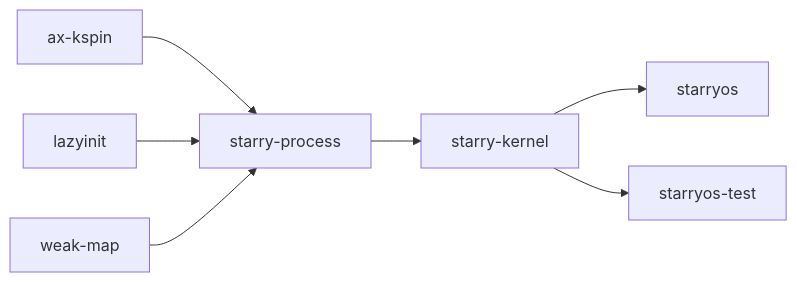
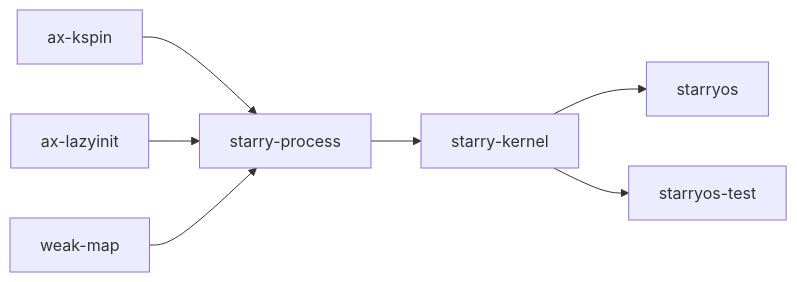
Before and after one commit to zKurisu/tgoskits: the third of 3 diagrams in docs/crates/starry-process.md, drawn with Mermaid. The commit also changed other lines of this file and 72 other files, not shown here.

````diff
--- a/docs/crates/starry-process.md
+++ b/docs/crates/starry-process.md
@@ -125,10 +125,10 @@
 ```mermaid
 graph LR
     ax_kspin["ax-kspin"] --> sp["starry-process"]
-    lazyinit["lazyinit"] --> sp
+    ax_lazyinit["ax-lazyinit"] --> sp
     weakmap["weak-map"] --> sp
 
     sp --> starry["starry-kernel"]
     starry --> starryos["starryos"]
     starry --> starrytest["starryos-test"]
 ```
````
